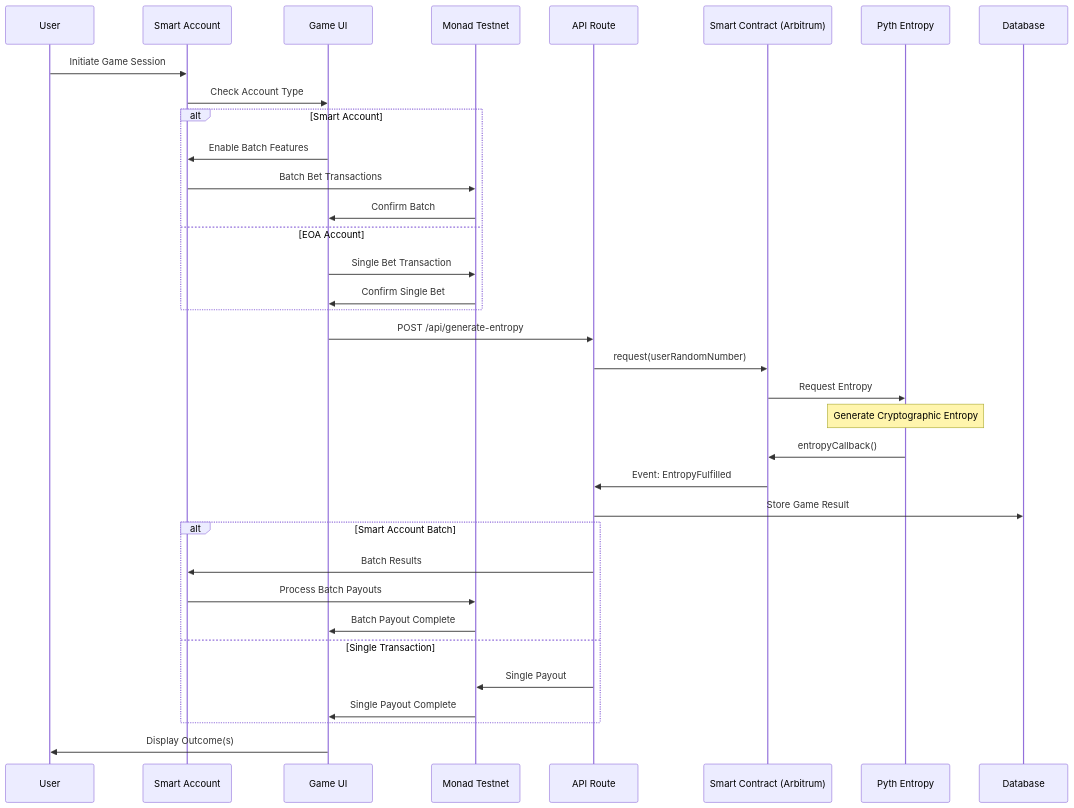
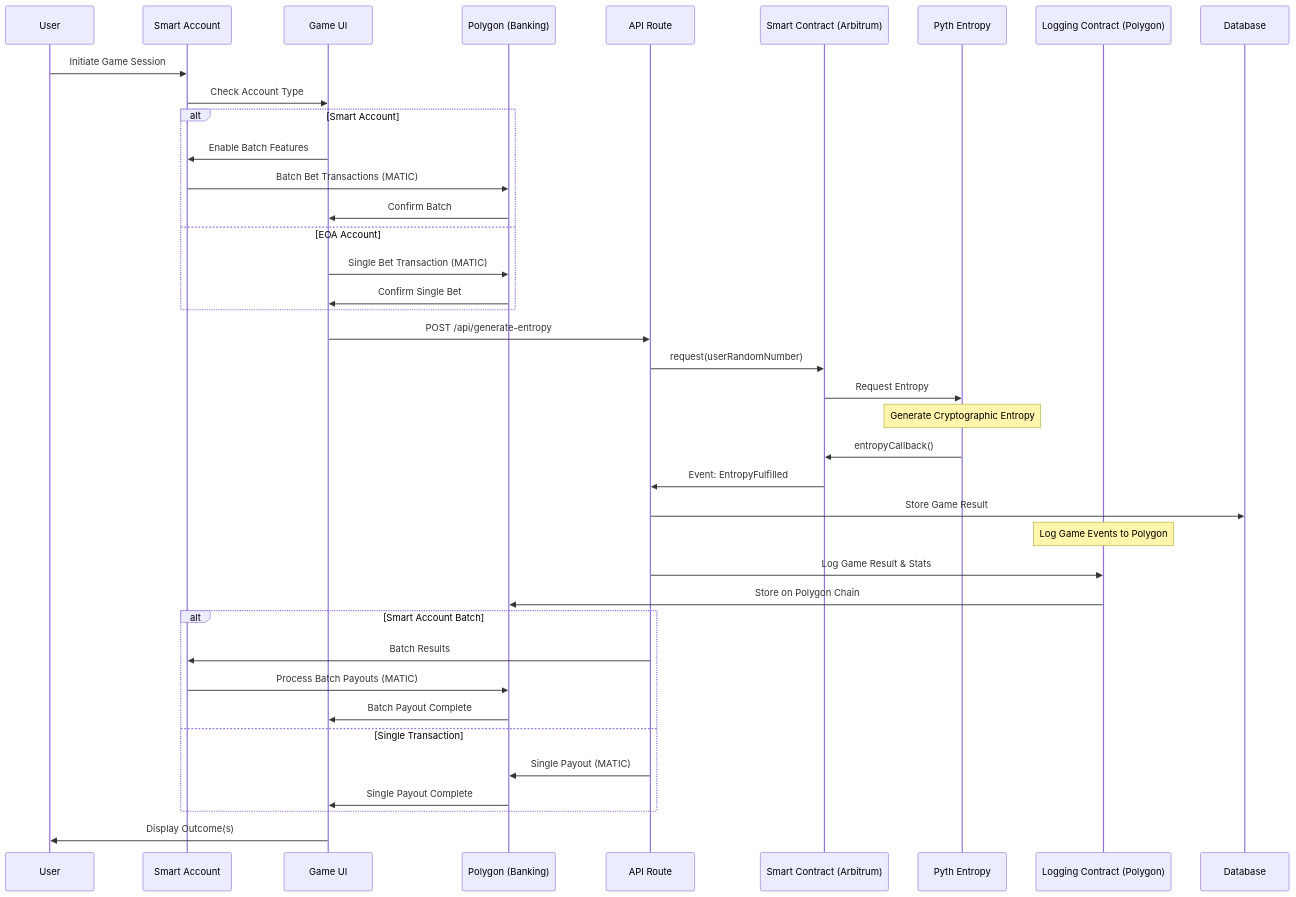
The seventh of 23 diagrams in MERMAID_DIAGRAMS.md (AmaanSayyad/APT-Casino-Polygon), drawn with Mermaid before and after one commit. The commit also changed other lines of this file, not shown here.

````diff
--- a/MERMAID_DIAGRAMS.md
+++ b/MERMAID_DIAGRAMS.md
@@ -245,44 +263,49 @@
 ```mermaid
 sequenceDiagram
     participant U as User
     participant SA as Smart Account
     participant UI as Game UI
-    participant MT as Monad Testnet
+    participant POL as Polygon (Banking)
     participant API as API Route
     participant SC as Smart Contract (Arbitrum)
     participant PE as Pyth Entropy
+    participant LOG as Logging Contract (Polygon)
     participant DB as Database
     
     U->>SA: Initiate Game Session
     SA->>UI: Check Account Type
     
     alt Smart Account
         UI->>SA: Enable Batch Features
-        SA->>MT: Batch Bet Transactions
-        MT->>UI: Confirm Batch
+        SA->>POL: Batch Bet Transactions (MATIC)
+        POL->>UI: Confirm Batch
     else EOA Account
-        UI->>MT: Single Bet Transaction
-        MT->>UI: Confirm Single Bet
+        UI->>POL: Single Bet Transaction (MATIC)
+        POL->>UI: Confirm Single Bet
     end
     
     UI->>API: POST /api/generate-entropy
     API->>SC: request(userRandomNumber)
     SC->>PE: Request Entropy
     
     Note over PE: Generate Cryptographic Entropy
     
     PE->>SC: entropyCallback()
     SC->>API: Event: EntropyFulfilled
     API->>DB: Store Game Result
     
+    Note over LOG: Log Game Events to Polygon
+    API->>LOG: Log Game Result & Stats
+    LOG->>POL: Store on Polygon Chain
+    
     alt Smart Account Batch
         API->>SA: Batch Results
-        SA->>MT: Process Batch Payouts
-        MT->>UI: Batch Payout Complete
+        SA->>POL: Process Batch Payouts (MATIC)
+        POL->>UI: Batch Payout Complete
     else Single Transaction
-        API->>MT: Single Payout
-        MT->>UI: Single Payout Complete
+        API->>POL: Single Payout (MATIC)
+        POL->>UI: Single Payout Complete
     end
     
     UI->>U: Display Outcome(s)
 ```
````
